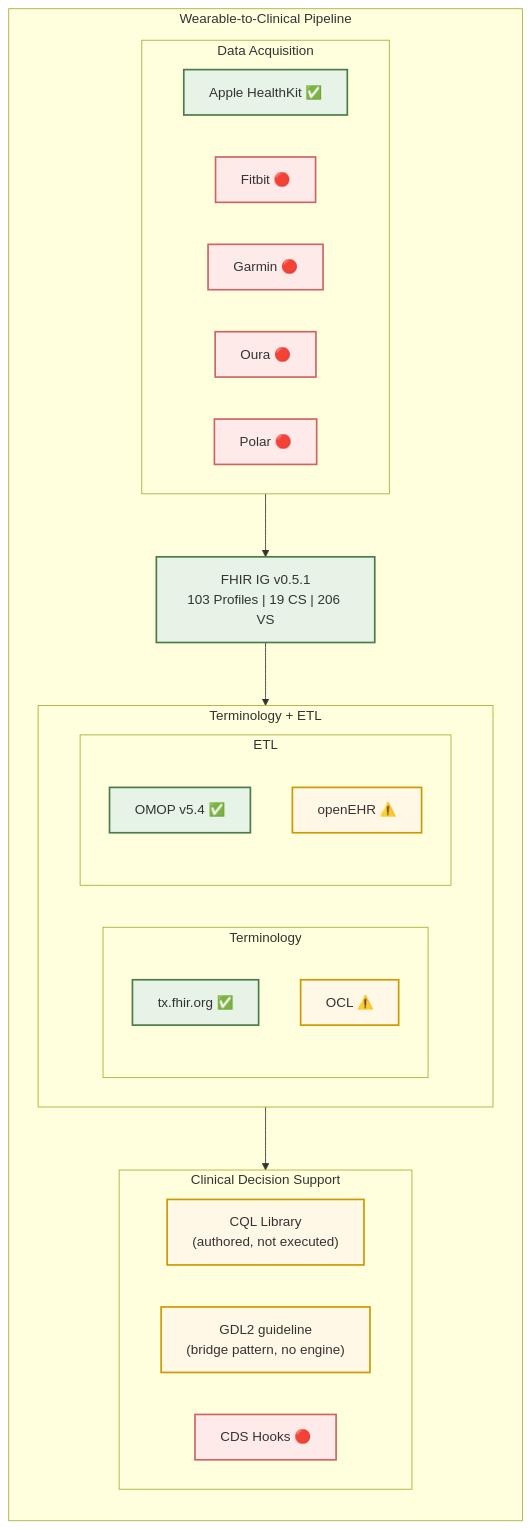
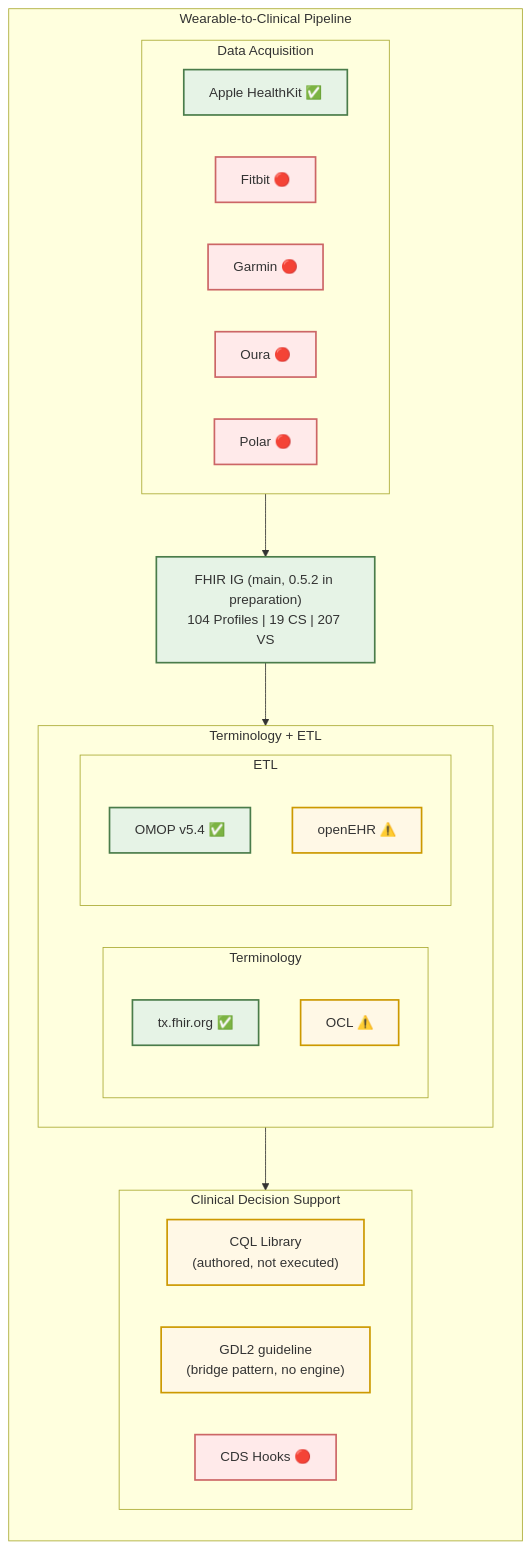
The first of 4 diagrams in README.md (RicardoLSantos/shorthand), drawn with Mermaid before and after one commit. The commit also changed other lines of this file and 8 other files, not shown here.

````diff
--- a/README.md
+++ b/README.md
@@ -34,48 +34,48 @@
 ```mermaid
 flowchart TB
     subgraph WP["Wearable-to-Clinical Pipeline"]
         direction TB
 
         subgraph TG1["Data Acquisition"]
             direction LR
             APPLE["Apple HealthKit ✅"]
             FITBIT["Fitbit 🔴"]
             GARMIN["Garmin 🔴"]
             OURA["Oura 🔴"]
             POLAR["Polar 🔴"]
         end
 
-        FHIRIG["FHIR IG v0.5.1<br/>103 Profiles | 19 CS | 206 VS"]
+        FHIRIG["FHIR IG (main, 0.5.2 in preparation)<br/>104 Profiles | 19 CS | 207 VS"]
 
         subgraph TG2["Terminology + ETL"]
             direction LR
             subgraph TERM["Terminology"]
                 TXFHIR["tx.fhir.org ✅"]
                 OCL["OCL ⚠️"]
             end
             subgraph ETL["ETL"]
                 OMOP["OMOP v5.4 ✅"]
                 OPENEHR["openEHR ⚠️"]
             end
         end
 
         subgraph TG4["Clinical Decision Support"]
             direction LR
             CQL["CQL Library<br/>(authored, not executed)"]
             GDL2["GDL2 guideline<br/>(bridge pattern, no engine)"]
             CDSHOOKS["CDS Hooks 🔴"]
         end
     end
 
     TG1 --> FHIRIG
     FHIRIG --> TG2
     TG2 --> TG4
 
     classDef done fill:#e6f3e6,stroke:#4a7c4a,stroke-width:2px,color:#333
     classDef partial fill:#fff8e6,stroke:#cc9900,stroke-width:2px,color:#333
     classDef todo fill:#ffeaea,stroke:#cc6666,stroke-width:2px,color:#333
 
     class APPLE,FHIRIG,TXFHIR,OMOP done
     class OCL,OPENEHR,CQL,GDL2 partial
     class FITBIT,GARMIN,OURA,POLAR,CDSHOOKS todo
 ```
````
